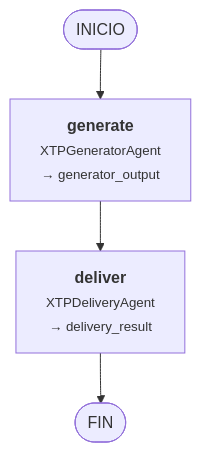
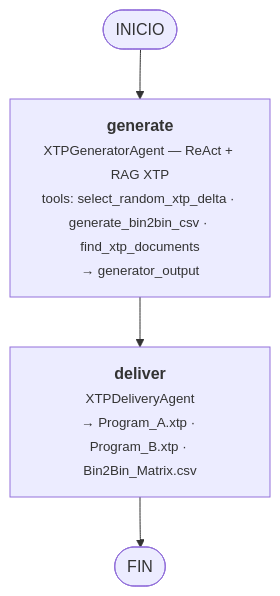
The eighth of 9 diagrams in Diagrams_V2.md (Aeacosta/LangChain101), drawn with Mermaid before and after one commit. The commit also changed other lines of this file and 16 other files, not shown here.

````diff
--- a/Diagrams_V2.md
+++ b/Diagrams_V2.md
@@ -61,11 +147,11 @@
 ```mermaid
 flowchart TD
     START([INICIO])
-    generate["<b>generate</b><br/><small>XTPGeneratorAgent</small><br/><small>→ generator_output</small>"]
-    deliver["<b>deliver</b><br/><small>XTPDeliveryAgent</small><br/><small>→ delivery_result</small>"]
+    generate["<b>generate</b><br/><small>XTPGeneratorAgent — ReAct + RAG XTP</small><br/><small>tools: select_random_xtp_delta · generate_bin2bin_csv · find_xtp_documents</small><br/><small>→ generator_output</small>"]
+    deliver["<b>deliver</b><br/><small>XTPDeliveryAgent</small><br/><small>→ Program_A.xtp · Program_B.xtp · Bin2Bin_Matrix.csv</small>"]
     END([FIN])
 
     START --> generate
     generate --> deliver
     deliver --> END
 ```
````
